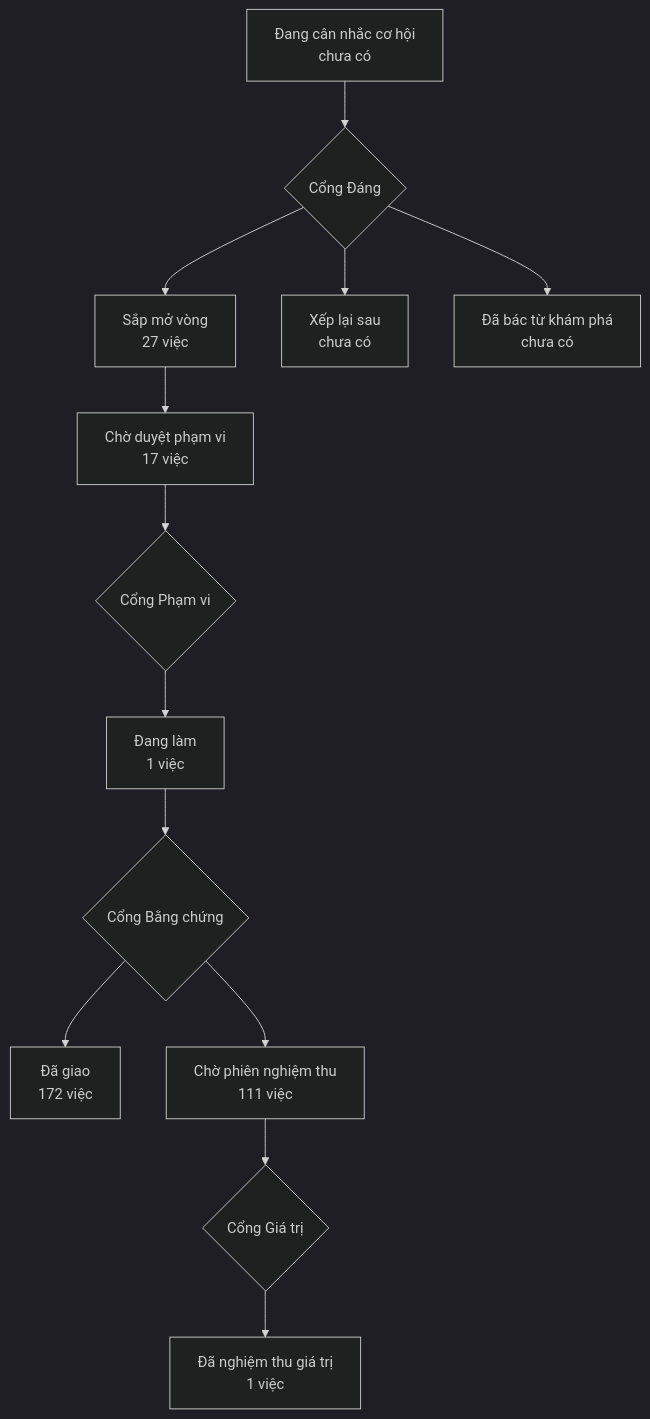
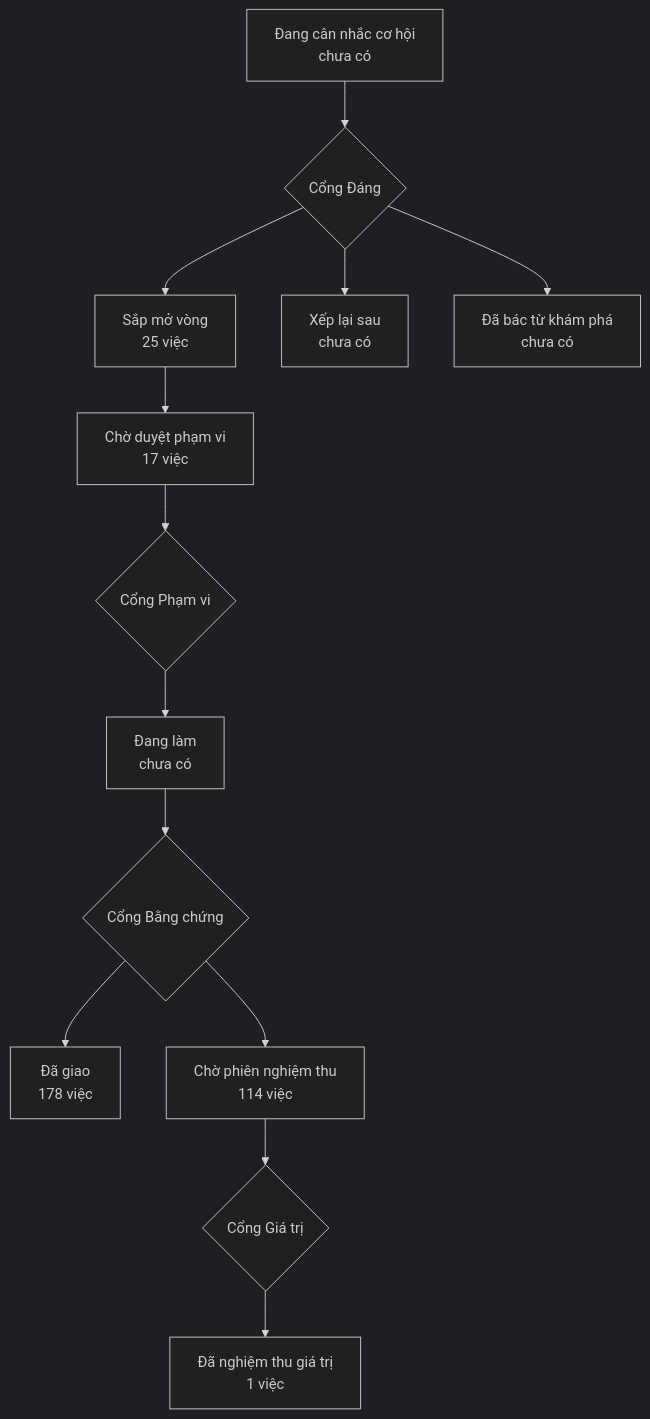
One commit to phanlemanh/onehub-invest changed the diagram in PRODUCT-MAP.md. Above: the diagram before and after it, drawn with Mermaid (dark theme). The commit also changed other lines of this file and 4 other files, not shown here.

````diff
--- a/PRODUCT-MAP.md
+++ b/PRODUCT-MAP.md
@@ -7,12 +7,12 @@
 ```mermaid
 flowchart TD
   A["Đang cân nhắc cơ hội<br/>chưa có"] --> GD{"Cổng Đáng"}
-  GD --> B["Sắp mở vòng<br/>27 việc"]
+  GD --> B["Sắp mở vòng<br/>25 việc"]
   GD --> XL["Xếp lại sau<br/>chưa có"]
   GD --> DB["Đã bác từ khám phá<br/>chưa có"]
   B --> CD["Chờ duyệt phạm vi<br/>17 việc"] --> GP{"Cổng Phạm vi"}
-  GP --> DL["Đang làm<br/>1 việc"] --> GB{"Cổng Bằng chứng"}
-  GB --> DG["Đã giao<br/>172 việc"]
-  GB --> CN["Chờ phiên nghiệm thu<br/>111 việc"] --> GG{"Cổng Giá trị"}
+  GP --> DL["Đang làm<br/>chưa có"] --> GB{"Cổng Bằng chứng"}
+  GB --> DG["Đã giao<br/>178 việc"]
+  GB --> CN["Chờ phiên nghiệm thu<br/>114 việc"] --> GG{"Cổng Giá trị"}
   GG --> NT["Đã nghiệm thu giá trị<br/>1 việc"]
 ```
````
